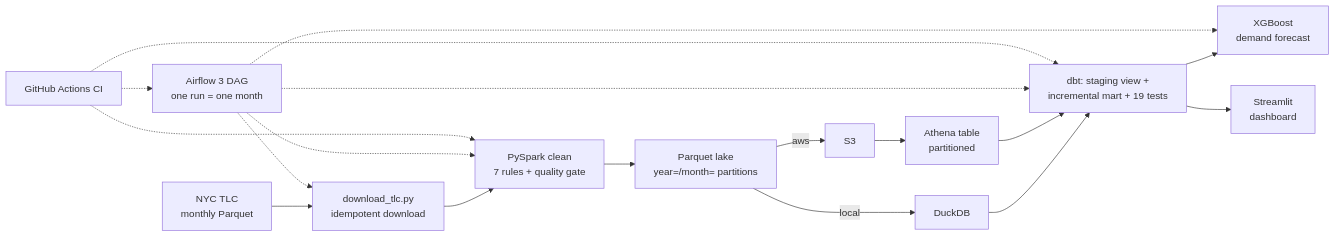
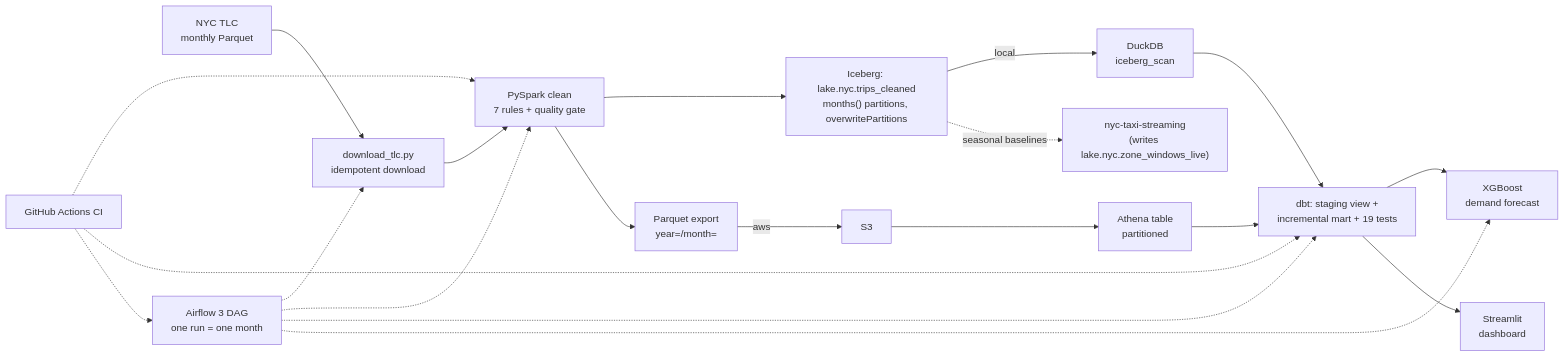
The diagram in README.md (notparthh0/nyc-taxi-elt-pipeline), drawn with Mermaid before and after one commit. The commit also changed other lines of this file and 3 other files, not shown here.

First line of the commit message:
test, docs: Iceberg idempotency tests; README with 12-month backfill results

````diff
--- a/README.md
+++ b/README.md
@@ -18,14 +18,16 @@
 ```mermaid
 flowchart LR
     TLC["NYC TLC<br/>monthly Parquet"] --> DL["download_tlc.py<br/>idempotent download"]
     DL --> SP["PySpark clean<br/>7 rules + quality gate"]
-    SP --> LAKE["Parquet lake<br/>year=/month= partitions"]
-    LAKE -->|local| DUCK["DuckDB"]
+    SP --> ICE["Iceberg: lake.nyc.trips_cleaned<br/>months() partitions, overwritePartitions"]
+    SP --> LAKE["Parquet export<br/>year=/month="]
+    ICE -->|local| DUCK["DuckDB<br/>iceberg_scan"]
     LAKE -->|aws| S3["S3"] --> ATH["Athena table<br/>partitioned"]
+    ICE -.->|seasonal baselines| STREAM["nyc-taxi-streaming<br/>(writes lake.nyc.zone_windows_live)"]
     DUCK --> DBT["dbt: staging view +<br/>incremental mart + 19 tests"]
     ATH --> DBT
     DBT --> ML["XGBoost<br/>demand forecast"]
     DBT --> APP["Streamlit<br/>dashboard"]
     AF["Airflow 3 DAG<br/>one run = one month"] -.-> DL & SP & DBT & ML
     CI["GitHub Actions CI"] -.-> SP & DBT & AF
 ```
````
